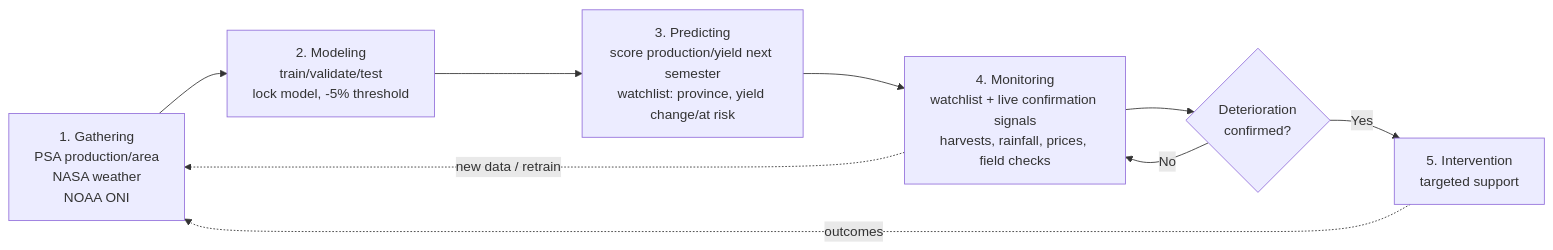
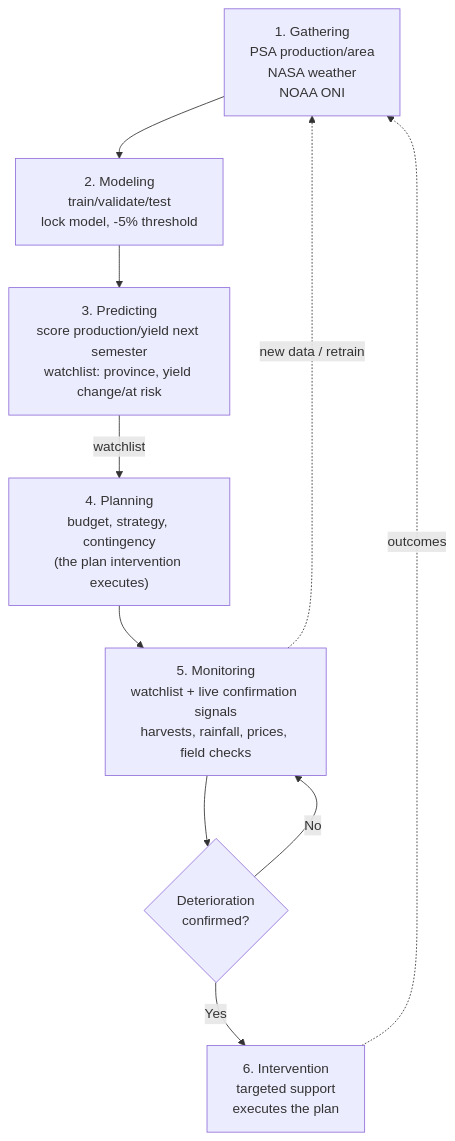
Before and after one commit to rlp-jym/zoomcamp-ml-cohort-2026: the diagram in pineapple_yield_prediction/README.md, drawn with Mermaid. The commit also changed other lines of this file and 6 other files, not shown here.

````diff
--- a/pineapple_yield_prediction/README.md
+++ b/pineapple_yield_prediction/README.md
@@ -28,15 +36,16 @@
 ```mermaid
-flowchart LR
+flowchart TD
     A["1. Gathering<br/>PSA production/area<br/>NASA weather<br/>NOAA ONI"]
     B["2. Modeling<br/>train/validate/test<br/>lock model, -5% threshold"]
     C["3. Predicting<br/>score production/yield next semester<br/>watchlist: province, yield change/at risk"]
-    D["4. Monitoring<br/>watchlist + live confirmation signals<br/>harvests, rainfall, prices, field checks"]
+    P["4. Planning<br/>budget, strategy, contingency<br/>(the plan intervention executes)"]
+    D["5. Monitoring<br/>watchlist + live confirmation signals<br/>harvests, rainfall, prices, field checks"]
     E{"Deterioration<br/>confirmed?"}
-    F["5. Intervention<br/>targeted support"]
+    F["6. Intervention<br/>targeted support<br/>executes the plan"]
 
-    A --> B --> C --> D --> E
+    A --> B --> C -->|watchlist| P --> D --> E
     E -- Yes --> F
     E -- No --> D
     D -.->|new data / retrain| A
     F -.->|outcomes| A
 ```
````
